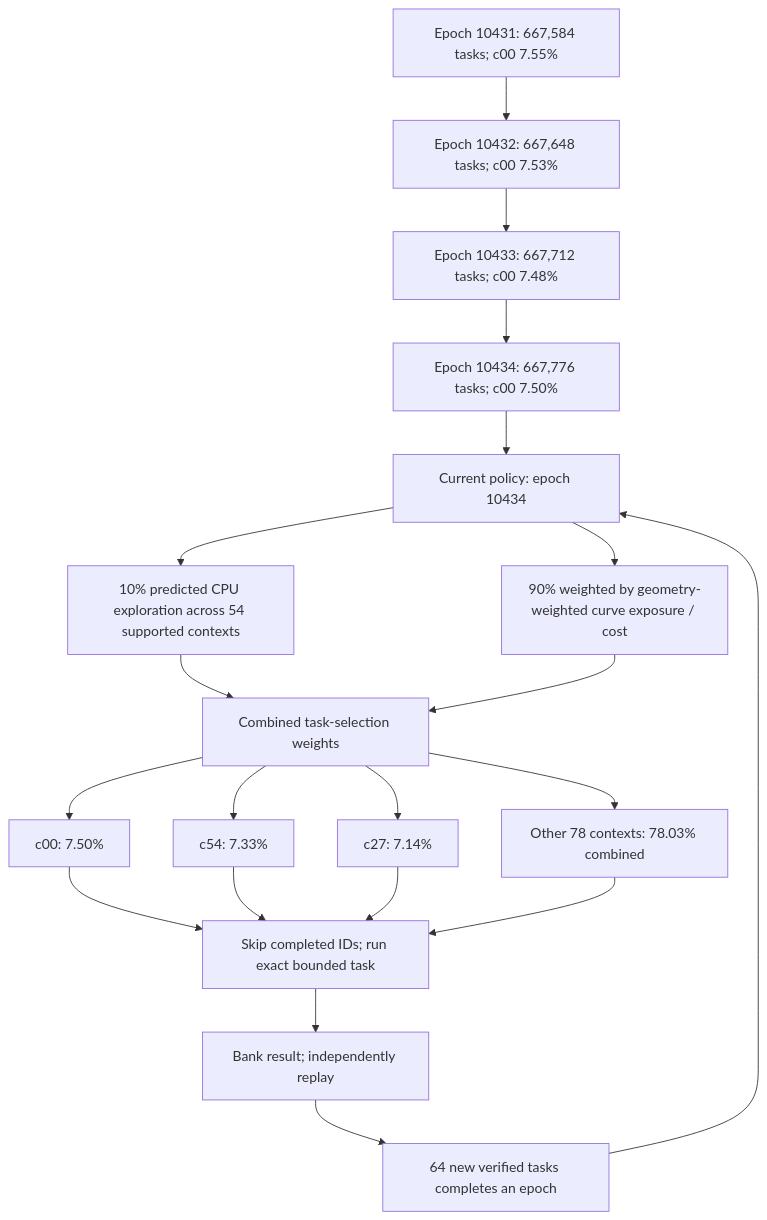
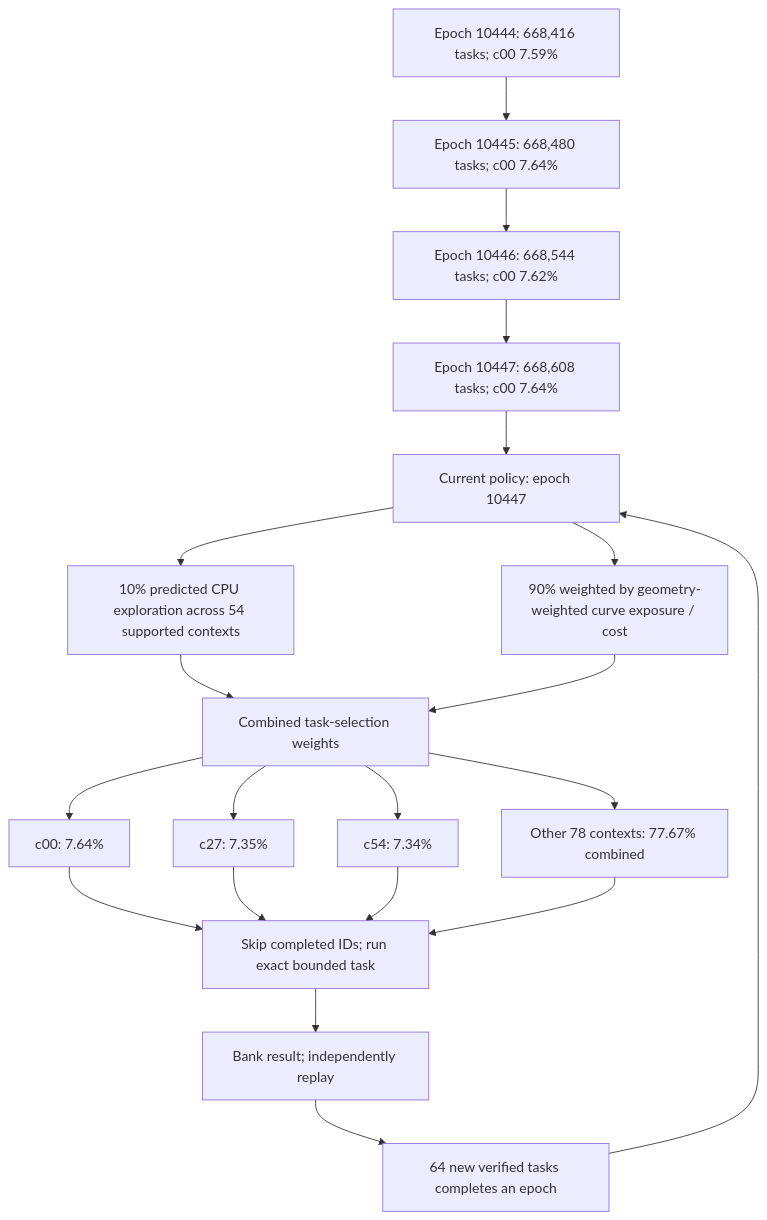
One commit to Kuberwastaken/math-gambling changed the first of 4 diagrams in README.md. Above: the diagram before and after it, drawn with Mermaid. The commit also changed other lines of this file and 2163 other files, not shown here.

````diff
--- a/README.md
+++ b/README.md
@@ -60,27 +60,27 @@
 ```mermaid
 flowchart TD
-    H0["Epoch 10431: 667,584 tasks; c00 7.55%"]
-    H1["Epoch 10432: 667,648 tasks; c00 7.53%"]
+    H0["Epoch 10444: 668,416 tasks; c00 7.59%"]
+    H1["Epoch 10445: 668,480 tasks; c00 7.64%"]
     H0 --> H1
-    H2["Epoch 10433: 667,712 tasks; c00 7.48%"]
+    H2["Epoch 10446: 668,544 tasks; c00 7.62%"]
     H1 --> H2
-    H3["Epoch 10434: 667,776 tasks; c00 7.50%"]
+    H3["Epoch 10447: 668,608 tasks; c00 7.64%"]
     H2 --> H3
-    Policy["Current policy: epoch 10434"]
+    Policy["Current policy: epoch 10447"]
     H3 --> Policy
     Policy --> Explore["10% predicted CPU exploration across 54 supported contexts"]
     Policy --> Cost["90% weighted by geometry-weighted curve exposure / cost"]
     Explore --> Mix["Combined task-selection weights"]
     Cost --> Mix
-    Mix --> C0["c00: 7.50%"]
-    Mix --> C1["c54: 7.33%"]
-    Mix --> C2["c27: 7.14%"]
-    Mix --> Rest["Other 78 contexts: 78.03% combined"]
+    Mix --> C0["c00: 7.64%"]
+    Mix --> C1["c27: 7.35%"]
+    Mix --> C2["c54: 7.34%"]
+    Mix --> Rest["Other 78 contexts: 77.67% combined"]
     C0 --> Check["Skip completed IDs; run exact bounded task"]
     C1 --> Check
     C2 --> Check
     Rest --> Check
     Check --> Replay["Bank result; independently replay"]
     Replay --> Gate["64 new verified tasks completes an epoch"]
     Gate --> Policy
 ```
````
